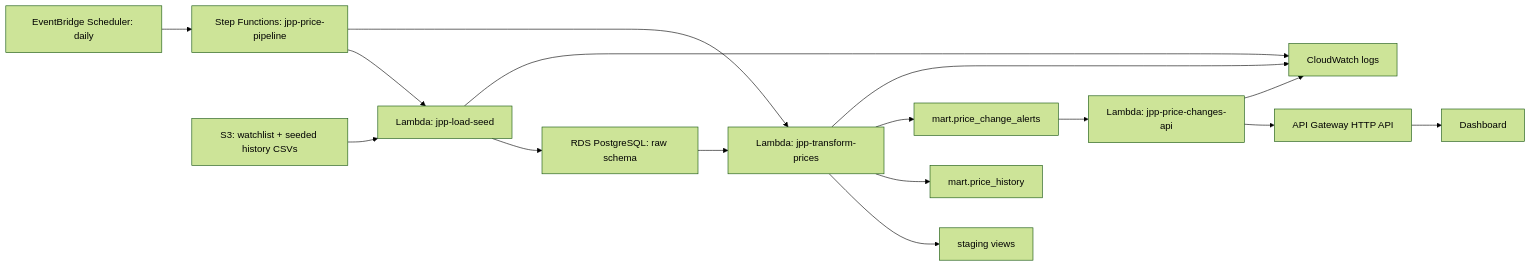
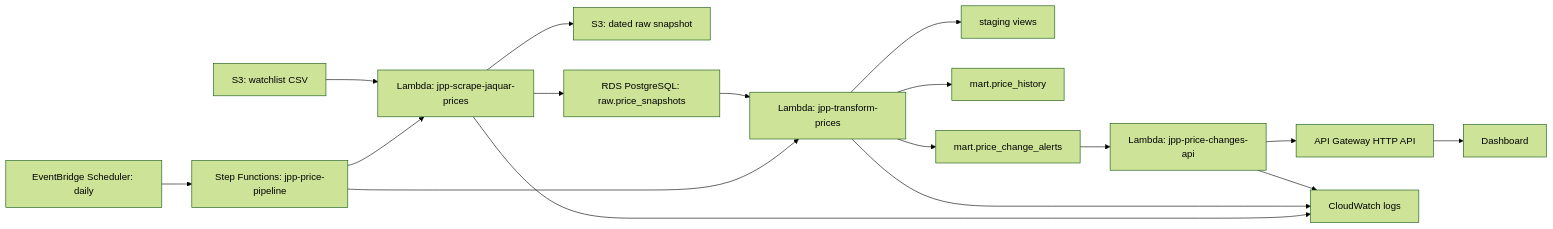
One commit to kartikey-vyas-DS/jaquar-price-pulse changed the diagram in README.md. Above: the diagram before and after it, drawn with Mermaid (forest theme). The commit also changed other lines of this file and 6 other files, not shown here.

Commit message:
Add live Jaquar scrape pipeline

````diff
--- a/README.md
+++ b/README.md
@@ -137,18 +145,19 @@
 ```mermaid
 flowchart LR
   A["EventBridge Scheduler: daily"] --> B["Step Functions: jpp-price-pipeline"]
-  B --> C["Lambda: jpp-load-seed"]
-  D["S3: watchlist + seeded history CSVs"] --> C
-  C --> E["RDS PostgreSQL: raw schema"]
+  B --> C["Lambda: jpp-scrape-jaquar-prices"]
+  D["S3: watchlist CSV"] --> C
+  C --> N["S3: dated raw snapshot"]
+  C --> E["RDS PostgreSQL: raw.price_snapshots"]
   B --> F["Lambda: jpp-transform-prices"]
   E --> F
   F --> G["staging views"]
   F --> H["mart.price_history"]
   F --> I["mart.price_change_alerts"]
   I --> J["Lambda: jpp-price-changes-api"]
   J --> K["API Gateway HTTP API"]
   K --> L["Dashboard"]
   C --> M["CloudWatch logs"]
   F --> M
   J --> M
 ```
````
